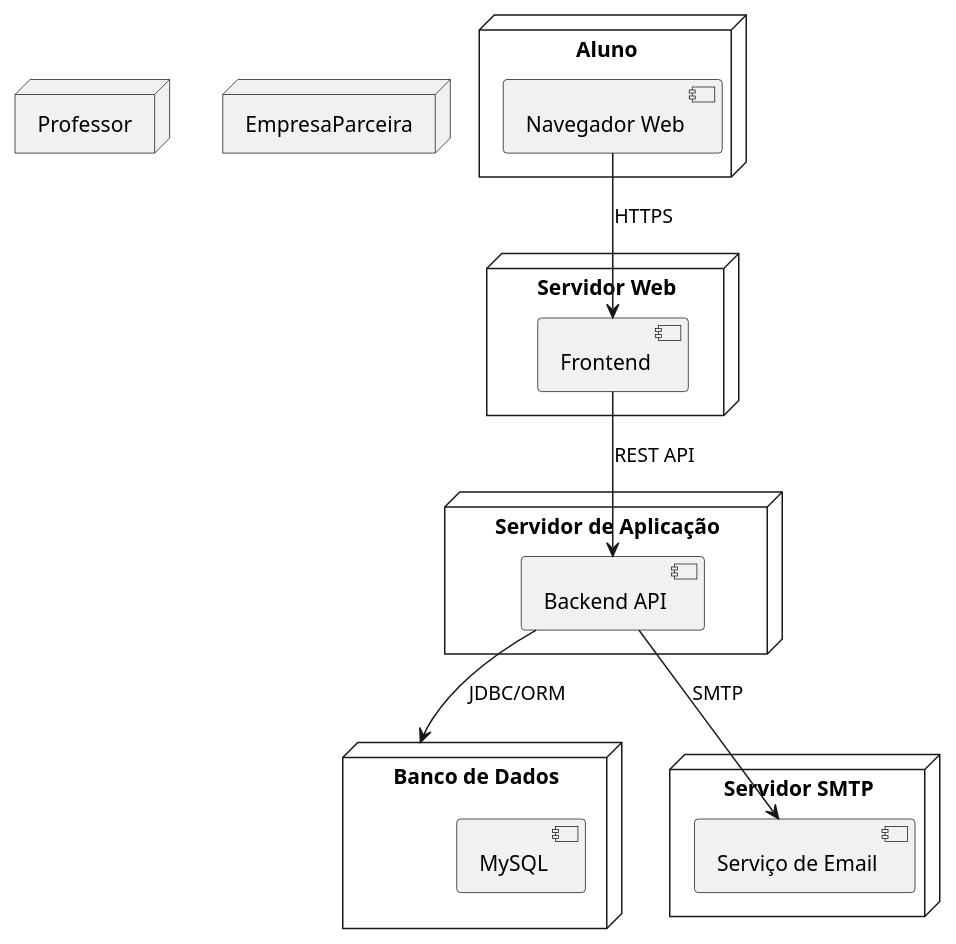
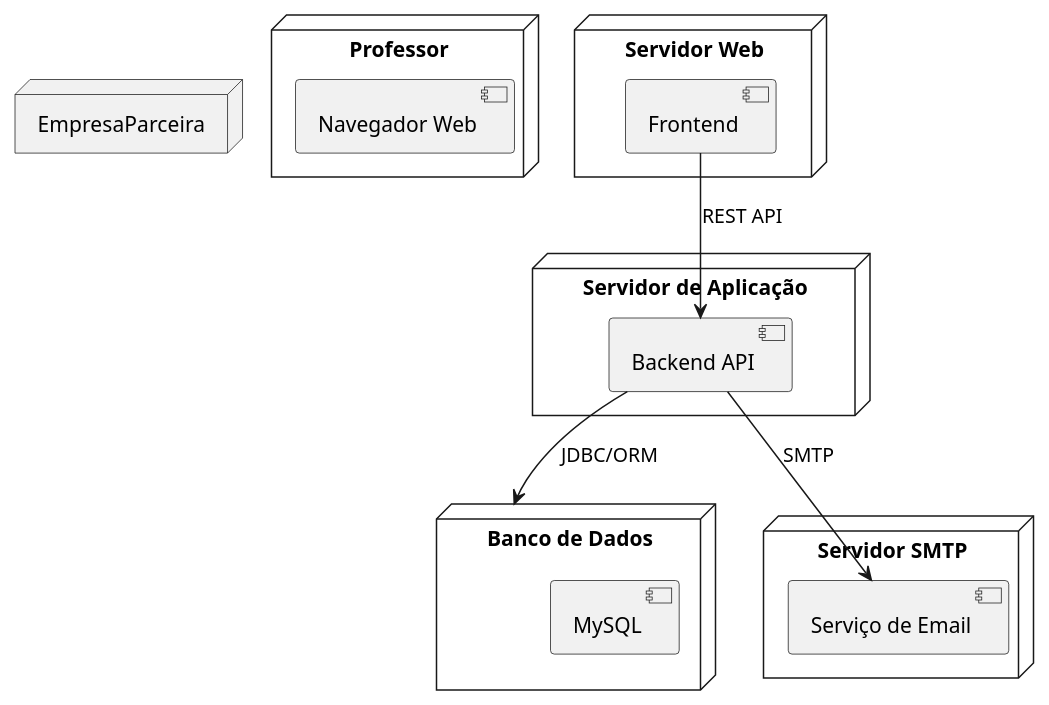
Before and after one commit to renatoctti/Laboratorio03: the diagram in Diagramas/Implantacao/Implantacao.wsd, drawn with PlantUML. The commit also changed 10 other files, not shown here.

Commit message:
Commit atualizacao de diagramas

```diff
--- a/Diagramas/Implantacao/Implantacao.wsd
+++ b/Diagramas/Implantacao/Implantacao.wsd
@@ -2,35 +2,32 @@
-@startuml
-node "Aluno" {
-  [Navegador Web]
-}
+@startuml Diagrma de Implantação
+
 
 node "Professor" {
   [Navegador Web]
 }
 
 node "EmpresaParceira" {
   [Navegador Web]
 }
 
 node "Servidor Web" {
   [Frontend]
 }
 
 node "Servidor de Aplicação" {
   [Backend API]
 }
 
 node "Banco de Dados" {
   [MySQL]
 }
 
 node "Servidor SMTP" {
   [Serviço de Email]
 }
 
-[Navegador Web] --> [Frontend] : HTTPS
 [Frontend] --> [Backend API] : REST API
 
 [Backend API] --> [Banco de Dados] : JDBC/ORM
 [Backend API] --> [Serviço de Email] : SMTP
 @enduml
```
